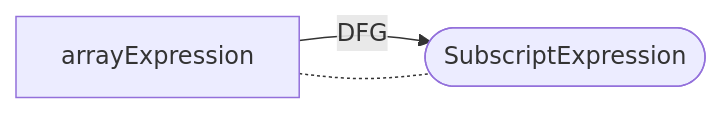
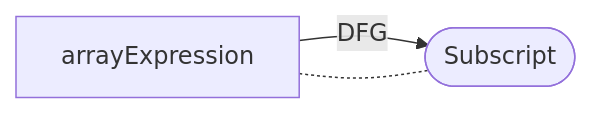
Diagram 11 of 40 in docs/docs/CPG/specs/dfg.md (Fraunhofer-AISEC/cpg), drawn with Mermaid before and after one commit. The commit also changed other lines of this file and 219 other files, not shown here.

First line of the commit message:
refactor: remove Expression suffix from expression node classes

````diff
--- a/docs/docs/CPG/specs/dfg.md
+++ b/docs/docs/CPG/specs/dfg.md
@@ -196,5 +196,5 @@
   ```mermaid
   flowchart LR
-    arrayExpression -- DFG --> node([SubscriptExpression]);
+    arrayExpression -- DFG --> node([Subscript]);
     arrayExpression -.- node;
   ```
````
